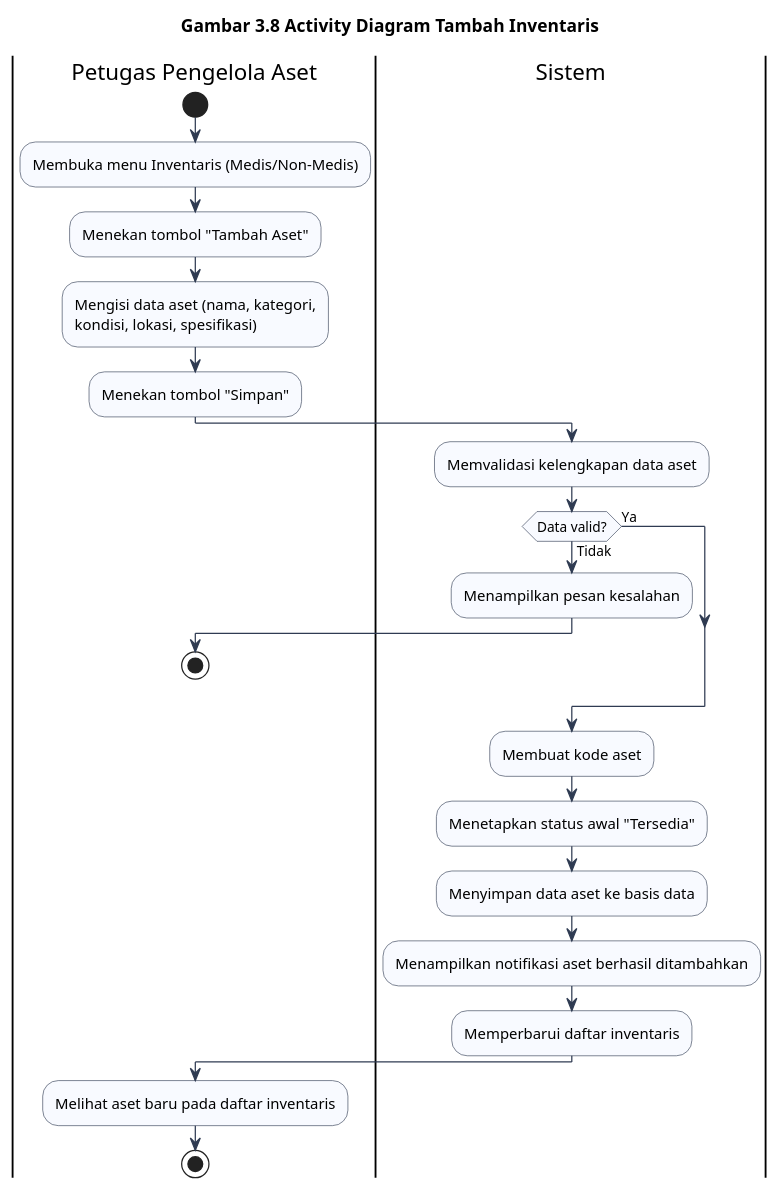
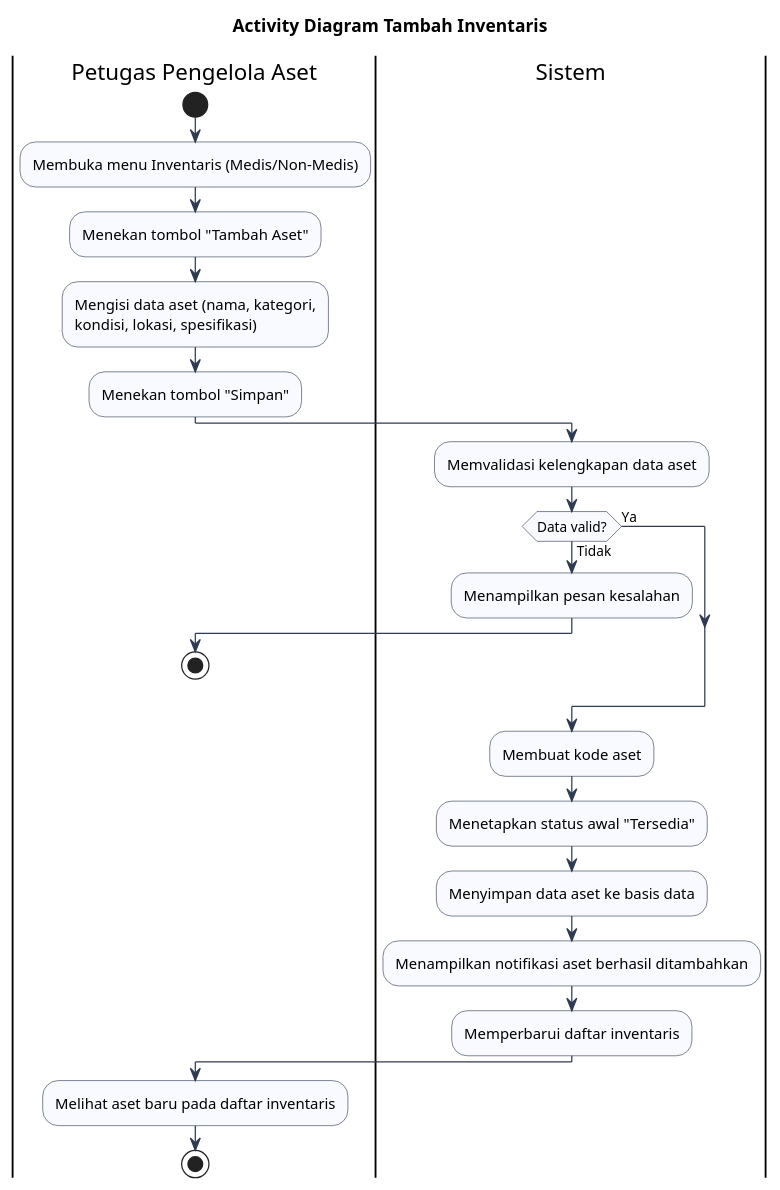
Before and after one commit to Abdlhsnu17/sipena.apps: the diagram in docs/activity/3.8-tambah-inventaris.puml, drawn with PlantUML. The commit also changed 21 other files, not shown here.

Commit message:
docs: ubah judul activity diagram menjadi polos tanpa nomor gambar

```diff
--- a/docs/activity/3.8-tambah-inventaris.puml
+++ b/docs/activity/3.8-tambah-inventaris.puml
@@ -1,39 +1,39 @@
 @startuml
-title Gambar 3.8 Activity Diagram Tambah Inventaris
+title Activity Diagram Tambah Inventaris
 skinparam shadowing false
 skinparam activity {
   BackgroundColor #F8FAFF
   BorderColor #2F3B52
   ArrowColor #2F3B52
   DiamondBackgroundColor #F8FAFF
   DiamondBorderColor #2F3B52
 }
 
 |Petugas Pengelola Aset|
 start
 :Membuka menu Inventaris (Medis/Non-Medis);
 :Menekan tombol "Tambah Aset";
 :Mengisi data aset (nama, kategori,
 kondisi, lokasi, spesifikasi);
 :Menekan tombol "Simpan";
 
 |Sistem|
 :Memvalidasi kelengkapan data aset;
 if (Data valid?) then (Tidak)
   :Menampilkan pesan kesalahan;
   |Petugas Pengelola Aset|
   stop
 else (Ya)
 endif
 
 |Sistem|
 :Membuat kode aset;
 :Menetapkan status awal "Tersedia";
 :Menyimpan data aset ke basis data;
 :Menampilkan notifikasi aset berhasil ditambahkan;
 :Memperbarui daftar inventaris;
 
 |Petugas Pengelola Aset|
 :Melihat aset baru pada daftar inventaris;
 stop
 @enduml
```
